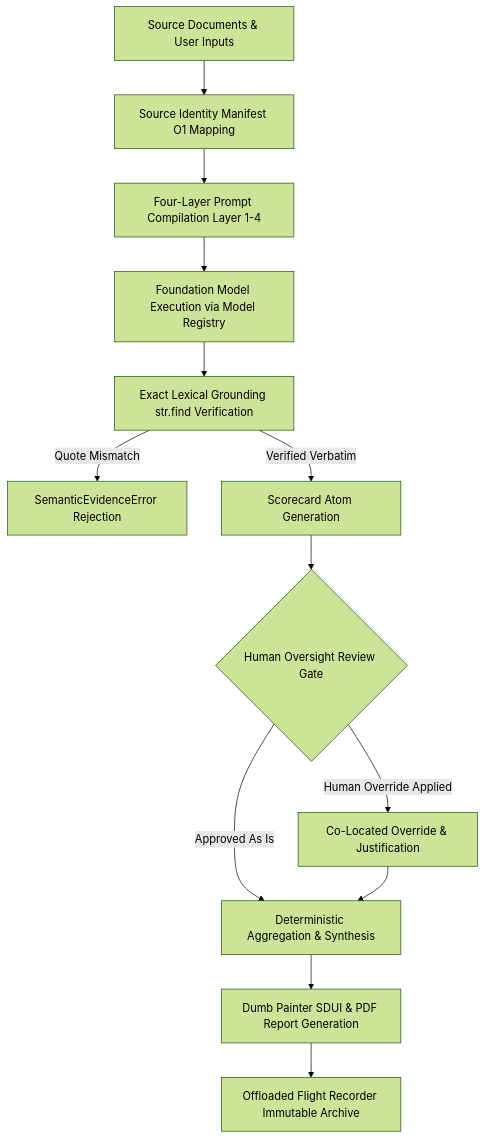
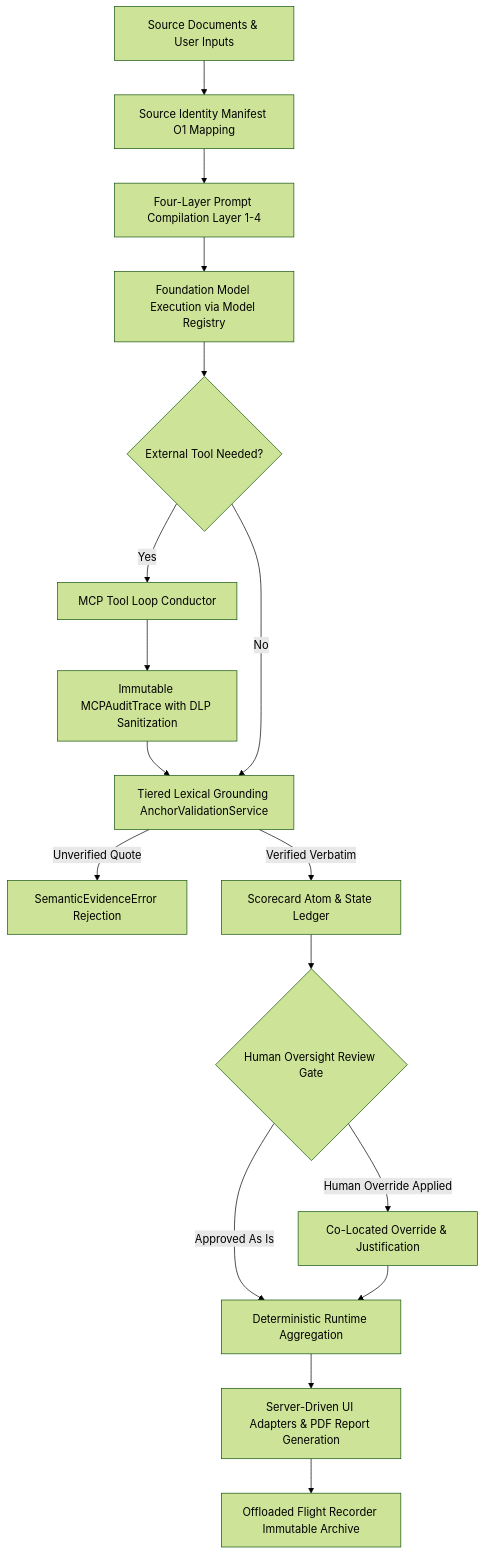
One commit to launis/quorum changed the diagram in docs/architecture/07_eu_ai_act_compliance_architecture.md. Above: the diagram before and after it, drawn with Mermaid (forest theme). The commit also changed other lines of this file and 10 other files, not shown here.

Commit message:
docs(architecture): synchronize capability pillars and directory reference

````diff
--- a/docs/architecture/07_eu_ai_act_compliance_architecture.md
+++ b/docs/architecture/07_eu_ai_act_compliance_architecture.md
@@ -72,15 +81,23 @@
 ```mermaid
 flowchart TD
     A[Source Documents & User Inputs] --> B[Source Identity Manifest O1 Mapping]
     B --> C[Four-Layer Prompt Compilation Layer 1-4]
     C --> D[Foundation Model Execution via Model Registry]
-    D --> E[Exact Lexical Grounding str.find Verification]
-    E -- Quote Mismatch --> F[SemanticEvidenceError Rejection]
-    E -- Verified Verbatim --> G[Scorecard Atom Generation]
-    G --> H{Human Oversight Review Gate}
-    H -- Human Override Applied --> I[Co-Located Override & Justification]
-    H -- Approved As Is --> J[Deterministic Aggregation & Synthesis]
-    I --> J
-    J --> K[Dumb Painter SDUI & PDF Report Generation]
-    K --> L[Offloaded Flight Recorder Immutable Archive]
+    
+    D --> E{External Tool Needed?}
+    E -- Yes --> F[MCP Tool Loop Conductor]
+    F --> G[Immutable MCPAuditTrace with DLP Sanitization]
+    G --> H[Tiered Lexical Grounding AnchorValidationService]
+    E -- No --> H
+    
+    H -- Unverified Quote --> I[SemanticEvidenceError Rejection]
+    H -- Verified Verbatim --> J[Scorecard Atom & State Ledger]
+    
+    J --> K{Human Oversight Review Gate}
+    K -- Human Override Applied --> L[Co-Located Override & Justification]
+    K -- Approved As Is --> M[Deterministic Runtime Aggregation]
+    L --> M
+    
+    M --> N[Server-Driven UI Adapters & PDF Report Generation]
+    N --> O[Offloaded Flight Recorder Immutable Archive]
 ```
````
